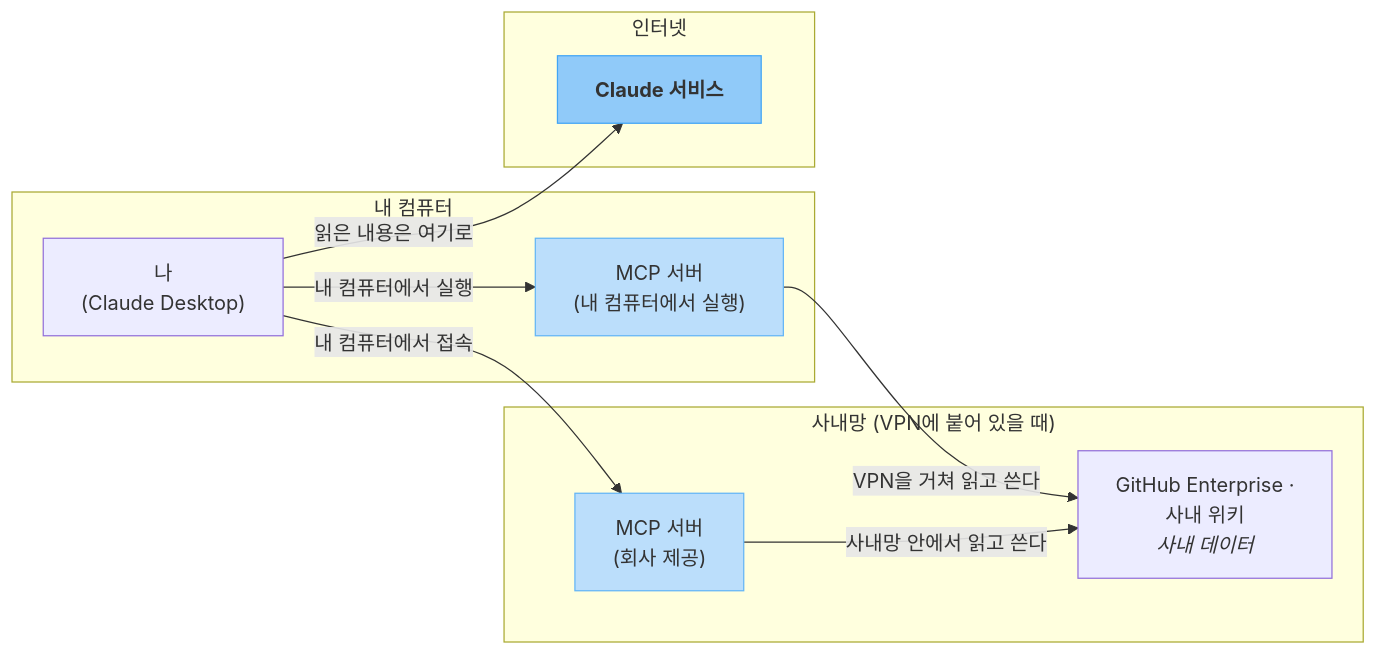
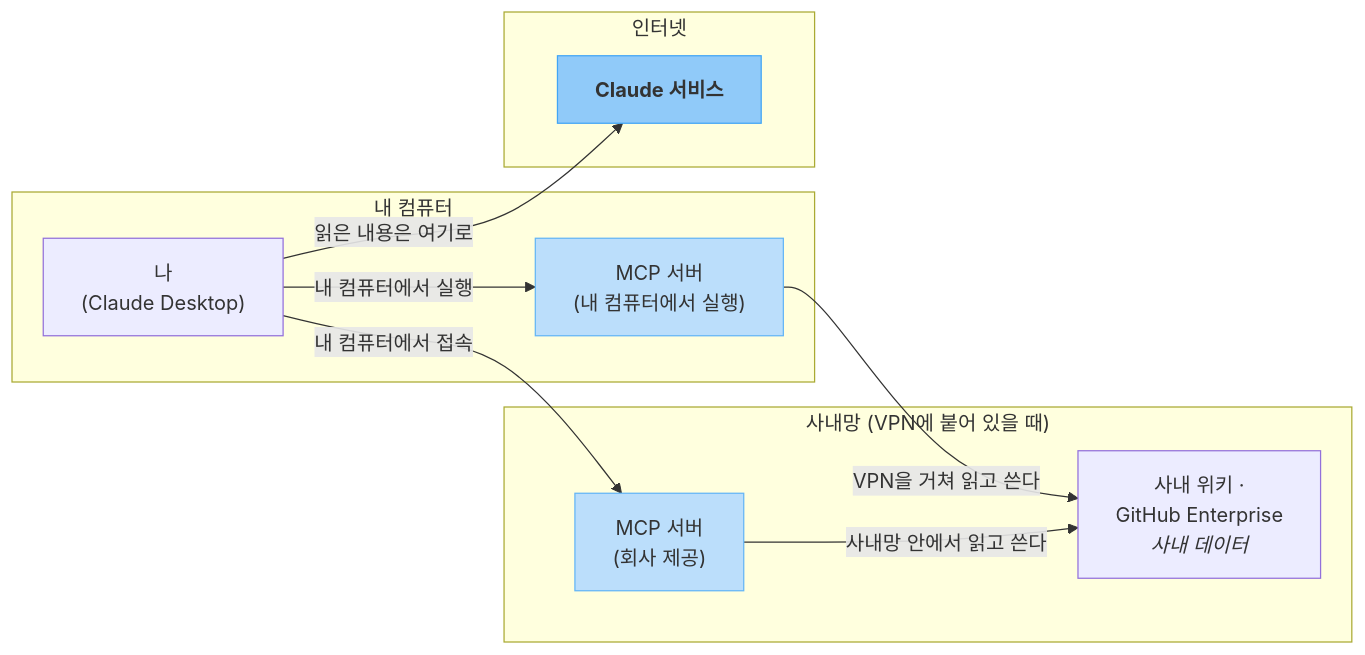
Before and after one commit to scroogy-dev/ai-onboarding: the second of 2 diagrams in docs/connect/mcp-servers.md, drawn with Mermaid. The commit also changed other lines of this file and 1 other file, not shown here.

````diff
--- a/docs/connect/mcp-servers.md
+++ b/docs/connect/mcp-servers.md
@@ -100,22 +100,22 @@
 ```mermaid
 flowchart LR
     subgraph PC["내 컴퓨터"]
         U["나<br/>(Claude Desktop)"]
         MS1["MCP 서버<br/>(내 컴퓨터에서 실행)"]
     end
     subgraph LAN["사내망 (VPN에 붙어 있을 때)"]
         MS2["MCP 서버<br/>(회사 제공)"]
-        D2["GitHub Enterprise ·<br/>사내 위키<br/><i>사내 데이터</i>"]
+        D2["사내 위키 ·<br/>GitHub Enterprise<br/><i>사내 데이터</i>"]
     end
     subgraph NET["인터넷"]
         CS["<b>Claude 서비스</b>"]
     end
     U -->|"내 컴퓨터에서 실행"| MS1
     MS1 -->|"VPN을 거쳐 읽고 쓴다"| D2
     U -->|"내 컴퓨터에서 접속"| MS2
     MS2 -->|"사내망 안에서 읽고 쓴다"| D2
     U -->|"읽은 내용은 여기로"| CS
     style CS fill:#90caf9,stroke:#42a5f5
     style MS1 fill:#bbdefb,stroke:#64b5f6
     style MS2 fill:#bbdefb,stroke:#64b5f6
 ```
````
